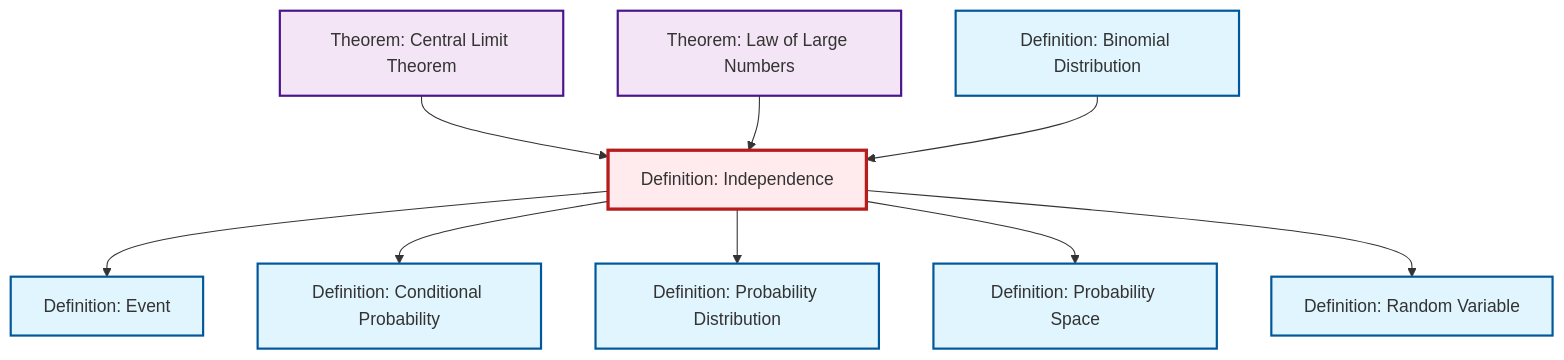
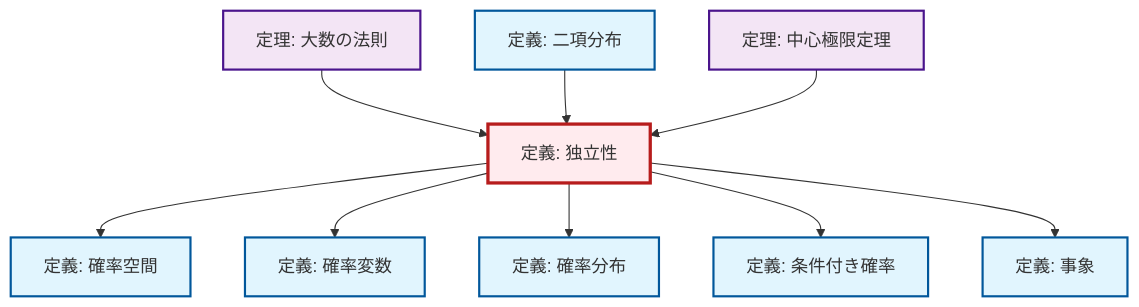
The diagram in content/ja/probability-statistics/def-independence.qmd (RK0429/ModernMath), drawn with Mermaid before and after one commit. The commit also changed 1069 other files, not shown here.

````diff
--- a/content/ja/probability-statistics/def-independence.qmd
+++ b/content/ja/probability-statistics/def-independence.qmd
@@ -115,35 +115,35 @@
 ```{mermaid}
 %%| fig-cap: "Local dependency graph"
 graph TD
     classDef definition fill:#e1f5fe,stroke:#01579b,stroke-width:2px
     classDef theorem fill:#f3e5f5,stroke:#4a148c,stroke-width:2px
     classDef axiom fill:#fff3e0,stroke:#e65100,stroke-width:2px
     classDef example fill:#e8f5e9,stroke:#1b5e20,stroke-width:2px
     classDef current fill:#ffebee,stroke:#b71c1c,stroke-width:3px
-    def-binomial-distribution["Definition: Binomial Distribution"]:::definition
-    thm-law-of-large-numbers["Theorem: Law of Large Numbers"]:::theorem
-    def-probability-distribution["Definition: Probability Distribution"]:::definition
-    def-event["Definition: Event"]:::definition
-    def-conditional-probability["Definition: Conditional Probability"]:::definition
-    def-random-variable["Definition: Random Variable"]:::definition
-    thm-central-limit["Theorem: Central Limit Theorem"]:::theorem
-    def-independence["Definition: Independence"]:::definition
-    def-probability-space["Definition: Probability Space"]:::definition
-    thm-central-limit --> def-independence
-    def-independence --> def-event
-    def-independence --> def-conditional-probability
+    def-conditional-probability["定義: 条件付き確率"]:::definition
+    thm-central-limit["定理: 中心極限定理"]:::theorem
+    def-binomial-distribution["定義: 二項分布"]:::definition
+    def-random-variable["定義: 確率変数"]:::definition
+    def-event["定義: 事象"]:::definition
+    def-probability-space["定義: 確率空間"]:::definition
+    thm-law-of-large-numbers["定理: 大数の法則"]:::theorem
+    def-independence["定義: 独立性"]:::definition
+    def-probability-distribution["定義: 確率分布"]:::definition
     thm-law-of-large-numbers --> def-independence
-    def-independence --> def-probability-distribution
     def-independence --> def-probability-space
     def-independence --> def-random-variable
+    def-independence --> def-probability-distribution
+    def-independence --> def-conditional-probability
+    def-independence --> def-event
     def-binomial-distribution --> def-independence
+    thm-central-limit --> def-independence
     class def-independence current
-    click def-binomial-distribution "def-binomial-distribution.html" "Definition: Binomial Distributionへ"
-    click thm-law-of-large-numbers "thm-law-of-large-numbers.html" "Theorem: Law of Large Numbersへ"
-    click def-probability-distribution "def-probability-distribution.html" "Definition: Probability Distributionへ"
-    click def-event "def-event.html" "Definition: Eventへ"
-    click def-conditional-probability "def-conditional-probability.html" "Definition: Conditional Probabilityへ"
-    click def-random-variable "def-random-variable.html" "Definition: Random Variableへ"
-    click thm-central-limit "thm-central-limit.html" "Theorem: Central Limit Theoremへ"
-    click def-probability-space "def-probability-space.html" "Definition: Probability Spaceへ"
+    click def-conditional-probability "def-conditional-probability.html" "条件付き確率の定義へ"
+    click thm-central-limit "thm-central-limit.html" "中心極限定理の定理へ"
+    click def-binomial-distribution "def-binomial-distribution.html" "二項分布の定義へ"
+    click def-random-variable "def-random-variable.html" "確率変数の定義へ"
+    click def-event "def-event.html" "事象の定義へ"
+    click def-probability-space "def-probability-space.html" "確率空間の定義へ"
+    click thm-law-of-large-numbers "thm-law-of-large-numbers.html" "大数の法則の定理へ"
+    click def-probability-distribution "def-probability-distribution.html" "確率分布の定義へ"
 ```
````
